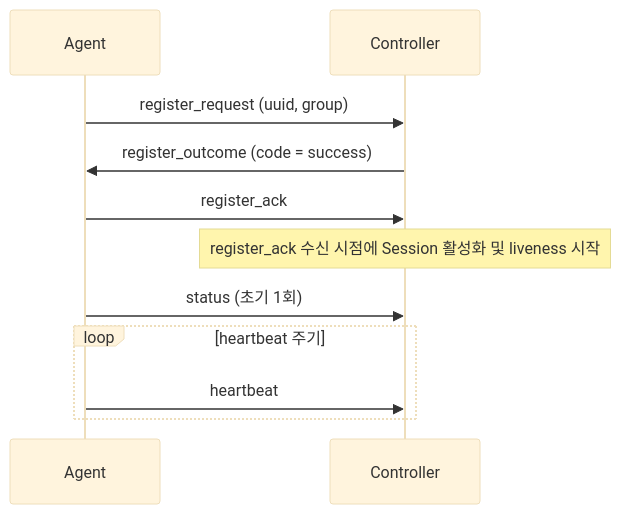
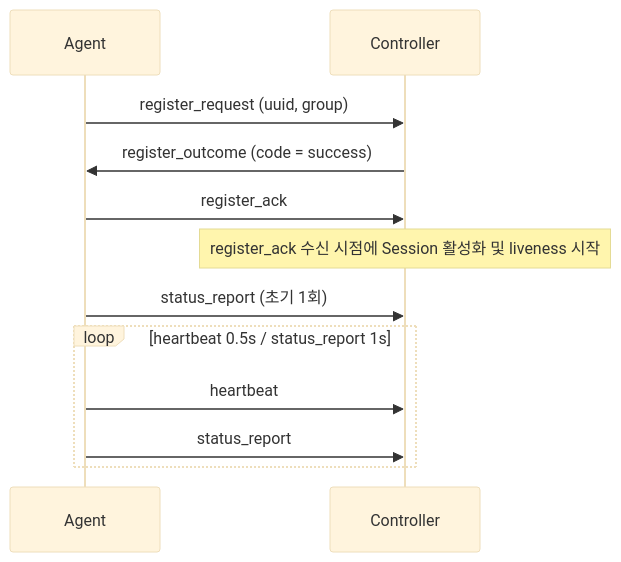
The diagram in docs/PROTOCOL.md (dnlfis42/ddcs), drawn with Mermaid (base theme) before and after one commit. The commit also changed other lines of this file and 8 other files, not shown here.

````diff
--- a/docs/PROTOCOL.md
+++ b/docs/PROTOCOL.md
@@ -158,15 +142,16 @@
 ```mermaid
 sequenceDiagram
   participant A as Agent
   participant C as Controller
 
   A->>C: register_request (uuid, group)
   C->>A: register_outcome (code = success)
   A->>C: register_ack
   Note over C: register_ack 수신 시점에 Session 활성화 및 liveness 시작
 
-  A->>C: status (초기 1회)
-  loop heartbeat 주기
+  A->>C: status_report (초기 1회)
+  loop heartbeat 0.5s / status_report 1s
     A->>C: heartbeat
+    A->>C: status_report
   end
 ```
````
